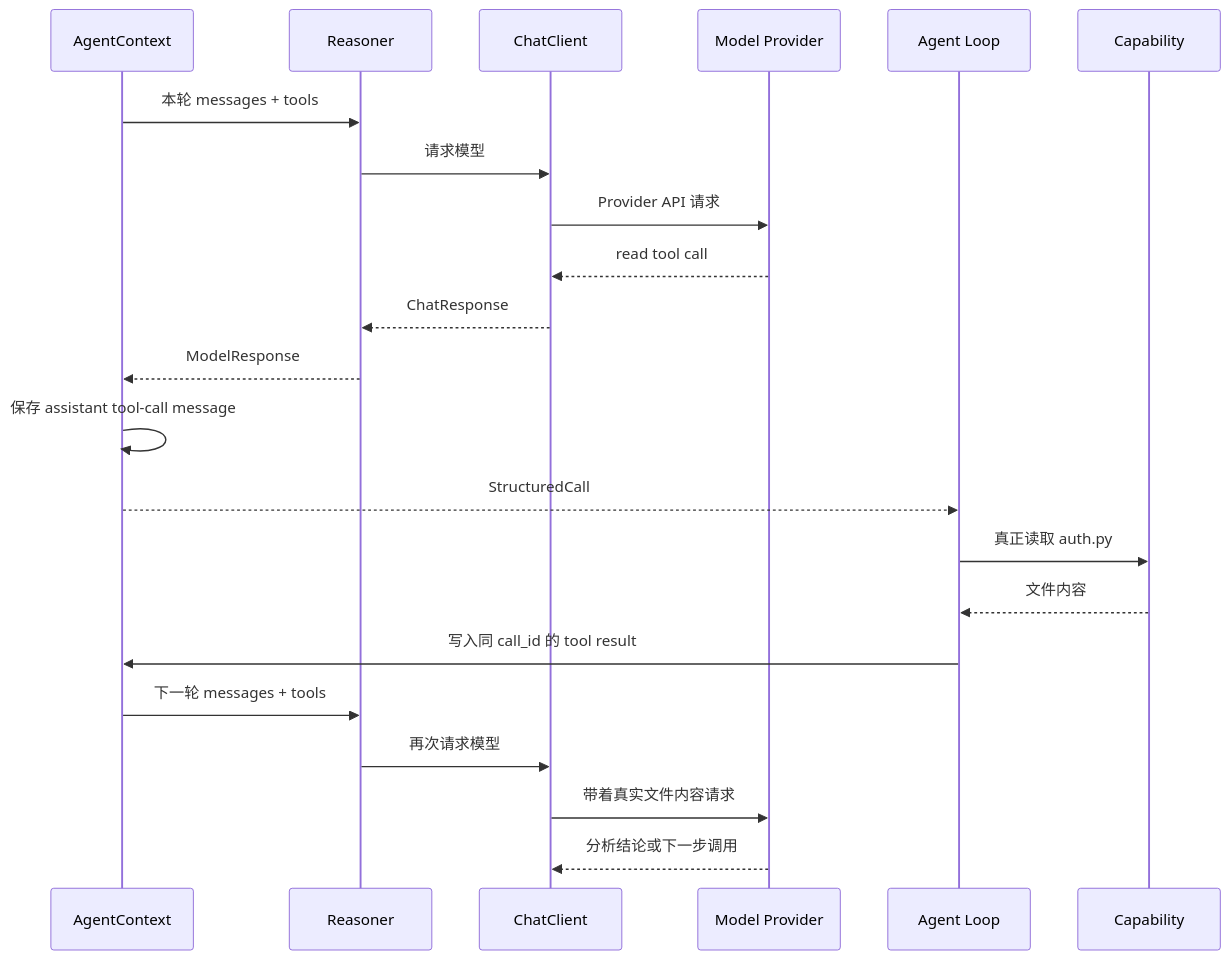
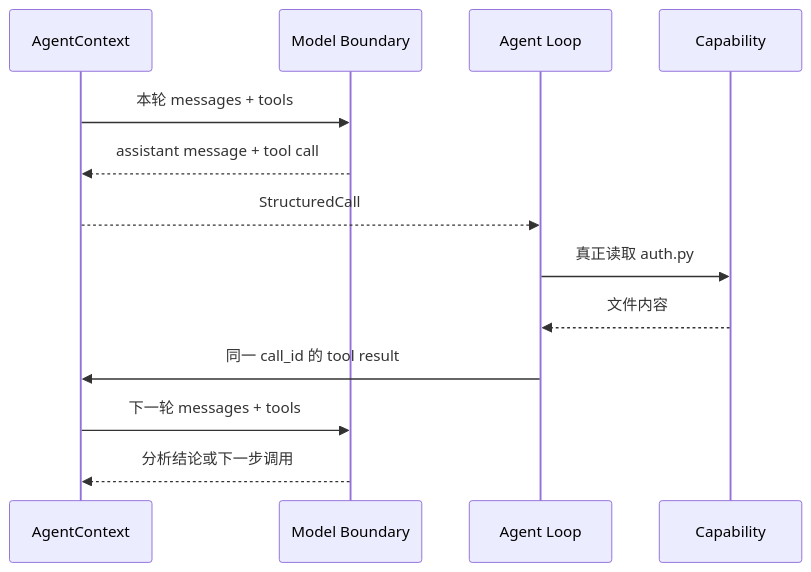
The first of 8 diagrams in docs/04-model-and-context-protocol.md (Arthur999459up/GitAgent), drawn with Mermaid before and after one commit. The commit also changed other lines of this file and 15 other files, not shown here.

````diff
--- a/docs/04-model-and-context-protocol.md
+++ b/docs/04-model-and-context-protocol.md
@@ -41,25 +13,16 @@
 ```mermaid
 sequenceDiagram
     participant A as AgentContext
-    participant R as Reasoner
-    participant C as ChatClient
-    participant P as Model Provider
+    participant M as Model Boundary
     participant L as Agent Loop
     participant T as Capability
 
-    A->>R: 本轮 messages + tools
-    R->>C: 请求模型
-    C->>P: Provider API 请求
-    P-->>C: read tool call
-    C-->>R: ChatResponse
-    R-->>A: ModelResponse
-    A->>A: 保存 assistant tool-call message
+    A->>M: 本轮 messages + tools
+    M-->>A: assistant message + tool call
     A-->>L: StructuredCall
     L->>T: 真正读取 auth.py
     T-->>L: 文件内容
-    L->>A: 写入同 call_id 的 tool result
-    A->>R: 下一轮 messages + tools
-    R->>C: 再次请求模型
-    C->>P: 带着真实文件内容请求
-    P-->>C: 分析结论或下一步调用
+    L->>A: 同一 call_id 的 tool result
+    A->>M: 下一轮 messages + tools
+    M-->>A: 分析结论或下一步调用
 ```
````
